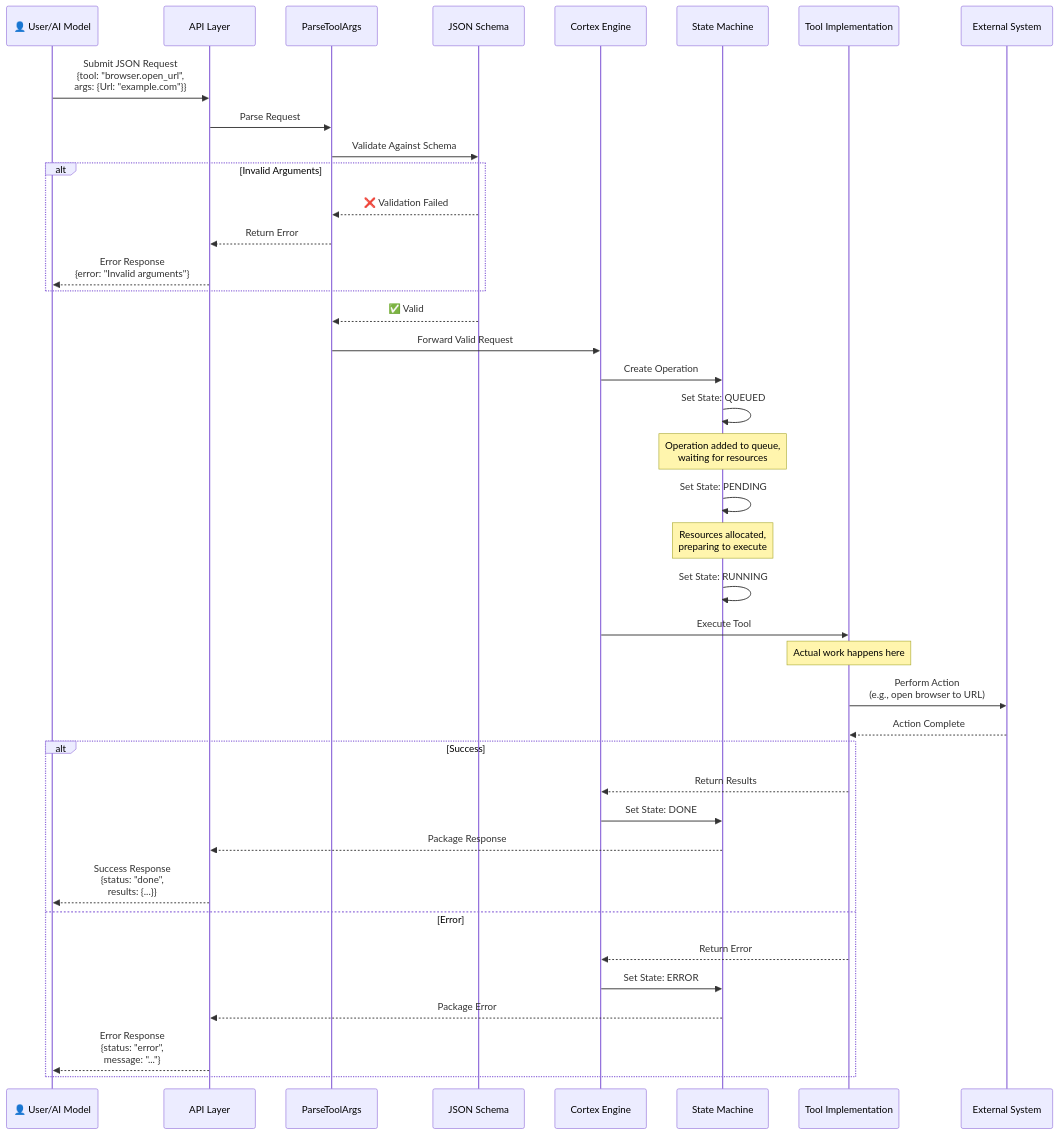
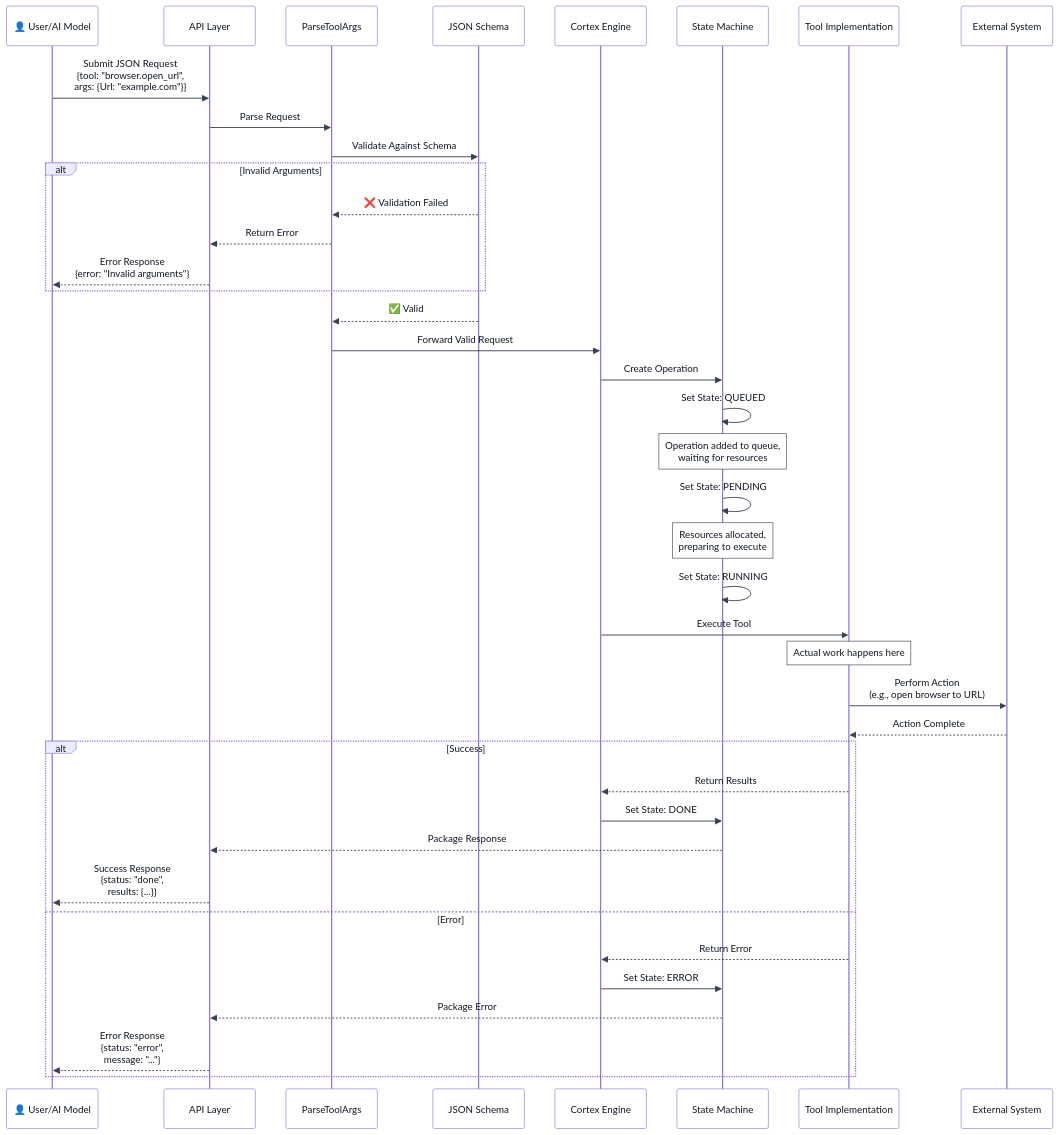
Before and after one commit to Arshnoor-Singh-Sohi/AG-RE-Antigravity-Reverse-Engineering: the second of 4 diagrams in architecture_exploration.md, drawn with Mermaid. The commit also changed other lines of this file, not shown here.

Commit message:
Mermaid fix

````diff
--- a/architecture_exploration.md
+++ b/architecture_exploration.md
@@ -175,60 +175,67 @@
 ```mermaid
 %%{init: {
   "theme": "default",
   "themeVariables": {
     "background": "#fff9e6",
     "lineColor": "#374151",
-    "edgeLabelBackground": "#ffffff",
-    "primaryTextColor": "#111827"
+    "primaryTextColor": "#111827",
+    "actorTextColor": "#111827",
+    "actorBorderColor": "#374151",
+    "actorBkg": "#ffffff",
+    "signalTextColor": "#111827",
+    "signalColor": "#374151",
+    "noteBkgColor": "#ffffff",
+    "noteTextColor": "#111827",
+    "noteBorderColor": "#374151"
   }
 }}%%
 sequenceDiagram
     participant User as 👤 User/AI Model
     participant API as API Layer
     participant Validator as ParseToolArgs
     participant Schema as JSON Schema
     participant Cortex as Cortex Engine
     participant SM as State Machine
     participant Tool as Tool Implementation
     participant External as External System
 
     User->>API: Submit JSON Request<br/>{tool: "browser.open_url",<br/>args: {Url: "example.com"}}
     
     API->>Validator: Parse Request
     Validator->>Schema: Validate Against Schema
     
     alt Invalid Arguments
         Schema-->>Validator: ❌ Validation Failed
         Validator-->>API: Return Error
         API-->>User: Error Response<br/>{error: "Invalid arguments"}
     end
     
     Schema-->>Validator: ✅ Valid
     Validator->>Cortex: Forward Valid Request
     
     Cortex->>SM: Create Operation
     SM->>SM: Set State: QUEUED
     Note over SM: Operation added to queue,<br/>waiting for resources
     
     SM->>SM: Set State: PENDING
     Note over SM: Resources allocated,<br/>preparing to execute
     
     SM->>SM: Set State: RUNNING
     Cortex->>Tool: Execute Tool
     Note over Tool: Actual work happens here
     
     Tool->>External: Perform Action<br/>(e.g., open browser to URL)
     External-->>Tool: Action Complete
     
     alt Success
         Tool-->>Cortex: Return Results
         Cortex->>SM: Set State: DONE
         SM-->>API: Package Response
         API-->>User: Success Response<br/>{status: "done",<br/>results: {...}}
     else Error
         Tool-->>Cortex: Return Error
         Cortex->>SM: Set State: ERROR
         SM-->>API: Package Error
         API-->>User: Error Response<br/>{status: "error",<br/>message: "..."}
     end
 ```
````
